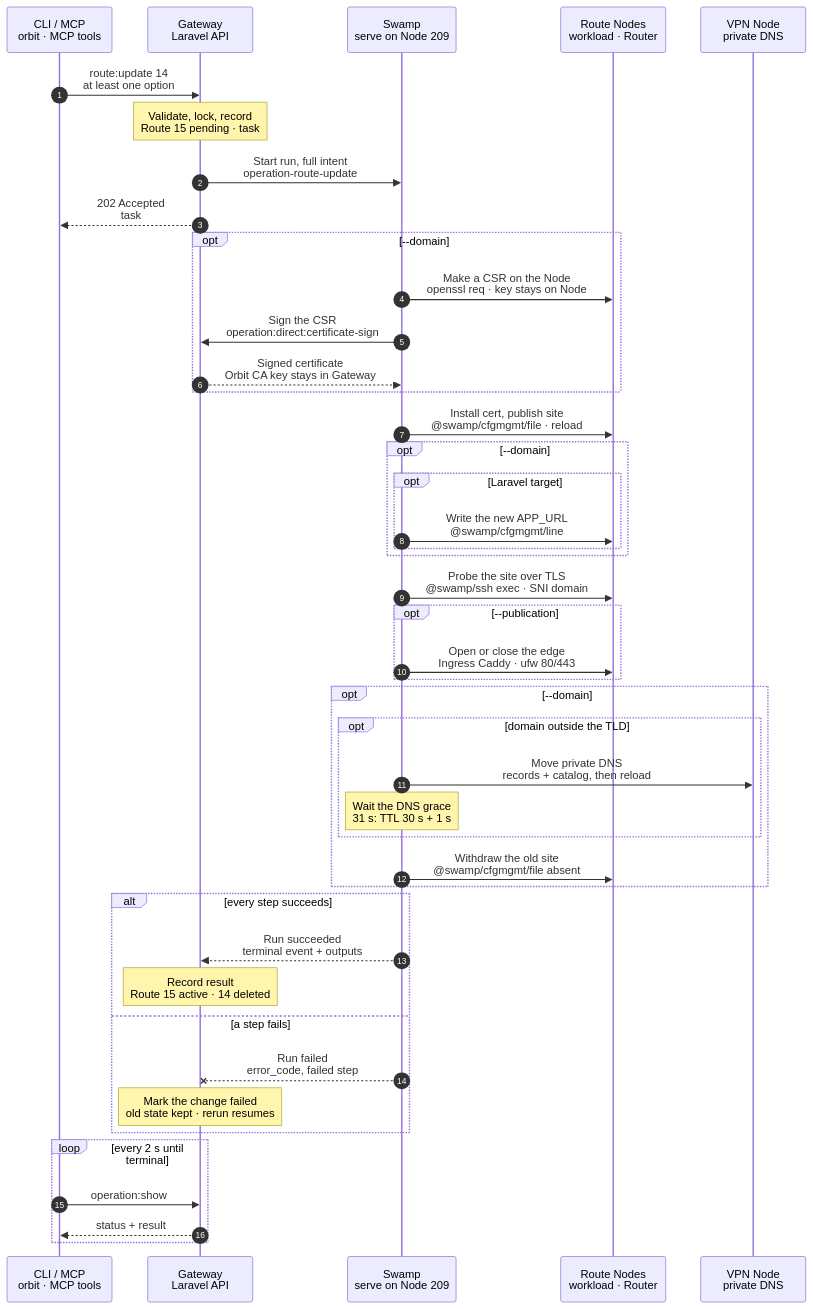
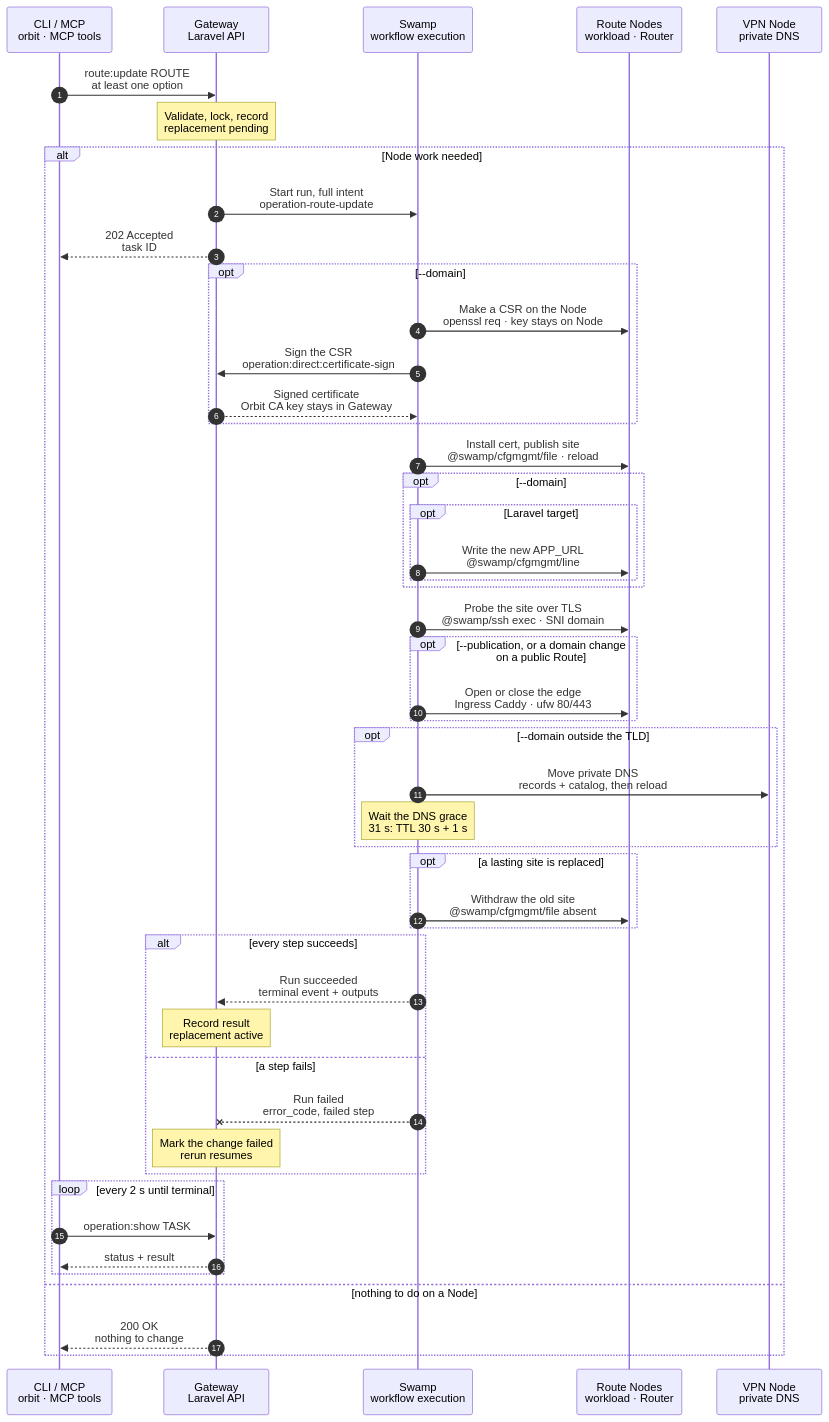
One commit to hardimpactdev/orbit changed the diagram in docs/cli/route/update.mmd. Above: the diagram before and after it, drawn with Mermaid. The commit also changed 3 other files, not shown here.

Commit message:
docs(route): route:update is ready (chart, page, cases)

```diff
--- a/docs/cli/route/update.mmd
+++ b/docs/cli/route/update.mmd
@@ -1,55 +1,101 @@
 sequenceDiagram
-  %% Target design: Nick 2026-11-03, single-swamp-node, rules 14-25.
-  %% status: draft
+  %% Target design: ADR 0244 task, one Swamp run, certificate signing is the one step-to-Gateway call. docs/reference/routes.md#change-an-explicit-domain.
+  %% status: reviewed
   %% command: route:update
   %% kind: route.update
   autonumber
   %% lane CLI icon=terminal pill=caller tone=gray
   %% lane GW icon=gateway pill=intent tone=blue
   %% lane SW icon=workflow pill=executes tone=green
   %% lane N icon=server pill=target tone=amber
   %% lane V icon=server pill=target tone=purple
   participant CLI as CLI / MCP<br/>orbit · MCP tools
   participant GW as Gateway<br/>Laravel API
-  participant SW as Swamp<br/>serve on Node 209
+  participant SW as Swamp<br/>workflow execution
   participant N as Route Nodes<br/>workload · Router
   participant V as VPN Node<br/>private DNS
-  CLI->>GW: route:update 14<br/>at least one option
-  Note over GW: Validate, lock, record<br/>Route 15 pending · task #5160
-  GW->>SW: Start run, full intent<br/>operation-route-update
-  GW-->>CLI: 202 Accepted<br/>task #5160
-  opt --domain
-    SW->>N: Make a CSR on the Node<br/>openssl req · key stays on Node
-    SW->>GW: Sign the CSR<br/>operation:direct:certificate-sign
-    GW-->>SW: Signed certificate<br/>Orbit CA key stays in Gateway
+  CLI->>GW: route:update ROUTE<br/>at least one option
+  %%> Command:
+  %%> - `orbit route:update ROUTE --domain=DOMAIN`
+  %%> - syntax: `<route> [--domain=DOMAIN] [--publication=private|public] [--web-root=PATH] [--json]`
+  %%> Input:
+  %%> - the Route and at least one change; `--web-root` is separate from the others
+  %%> Who can call it:
+  %%> - the `orbit` CLI and the MCP tool send the same request
+  Note over GW: Validate, lock, record<br/>replacement pending
+  %%> Requirements:
+  %%> - the calling Node has an access grant to the Route's Node, or to any member Node for a Cluster-scoped Route
+  %%> - the Route is an app Route (`route.kind_unsupported`); a generated Route cannot change its domain (`route.domain_immutable`); a Route with a web root keeps its domain (`route.web_root_domain_immutable`)
+  %%> - the new domain is free and not reserved (`route.domain_conflict`), and no other domain change runs (`route.domain_change_conflict`)
+  %%> - public publication needs production targets (`route.reconciliation_required`)
+  %%> - no other operation holds the projection lock; Orbit waits up to 30 seconds, then refuses with `app-dev.projection_busy`
+  %%> Result:
+  %%> - a domain change records a replacement Route as `pending`; the current Route stays authoritative until the cutover
+  alt Node work needed
+    GW->>SW: Start run, full intent<br/>operation-route-update
+    GW-->>CLI: 202 Accepted<br/>task ID
+    %%> What you get:
+    %%> - the task ID, at once
+    %%> Next:
+    %%> - the CLI follows the task with `operation:show`
+    opt --domain
+      SW->>N: Make a CSR on the Node<br/>openssl req · key stays on Node
+      SW->>GW: Sign the CSR<br/>operation:direct:certificate-sign
+      %%> Why a call to the Gateway:
+      %%> - certificate signing is the one allowed step-to-Gateway call; the Orbit CA stays in the Gateway
+      GW-->>SW: Signed certificate<br/>Orbit CA key stays in Gateway
+    end
+    SW->>N: Install cert, publish site<br/>@swamp/cfgmgmt/file · reload
+    %%> What it does:
+    %%> - publishes the replacement site beside the old one; Caddy reloads after validation
+    %%> - for `--web-root`, prepares the workload for the new root (Caddy access, PHP pool) and publishes with it
+    opt --domain
+      opt Laravel target
+        SW->>N: Write the new APP_URL<br/>@swamp/cfgmgmt/line
+      end
+    end
+    SW->>N: Probe the site over TLS<br/>@swamp/ssh exec · SNI domain
+    %%> Why:
+    %%> - the probe verifies the hostname and the Orbit CA; an application HTTP error does not fail it, and a failed probe stops the cutover
+    opt --publication, or a domain change on a public Route
+      SW->>N: Open or close the edge<br/>Ingress Caddy · ufw 80/443
+    end
+    opt --domain outside the TLD
+      SW->>V: Move private DNS<br/>records + catalog, then reload
+      Note over SW: Wait the DNS grace<br/>31 s: TTL 30 s + 1 s
+      %%> Why:
+      %%> - the old DNS answer has 31 seconds to expire before the old site is withdrawn
+    end
+    opt a lasting site is replaced
+      SW->>N: Withdraw the old site<br/>@swamp/cfgmgmt/file absent
+    end
+    alt every step succeeds
+      SW-->>GW: Run succeeded<br/>terminal event + outputs
+      Note over GW: Record result<br/>replacement active
+      %%> Result:
+      %%> - a domain change makes the replacement Route active and deletes the old one; a publication-only or web-root change keeps the Route ID
+    else a step fails
+      SW--xGW: Run failed<br/>error_code, failed step
+      Note over GW: Mark the change failed<br/>rerun resumes
+      %%> Result before the cutover:
+      %%> - the old Route stays authoritative and the replacement is `failed`; a failed Caddy validation leaves the candidate file and stops the reload
+      %%> Result after the cutover:
+      %%> - a failure in the DNS grace or the old site's withdrawal leaves the replacement authoritative and the old Route `retiring`; a rerun finishes the withdrawal
+      %%> What `route:show` shows:
+      %%> - for a domain change, both Routes with `replacement_step`, `failed_step` and `error_code`; otherwise the one Route with `failed_step` and `error_code`
+      %%> On the Nodes:
+      %%> - finished steps stay; there is no rollback
+      %%> Retry:
+      %%> - run the same request again to resume; a different domain or publication request changes nothing
+    end
+    loop every 2 s until terminal
+      CLI->>GW: operation:show TASK
+      GW-->>CLI: status + result
+    end
+  else nothing to do on a Node
+    GW-->>CLI: 200 OK<br/>nothing to change
+    %%> When:
+    %%> - the domain, publication or web root already has the requested value, or the Route is not yet published, so the replacement is created at once
+    %%> Skipped:
+    %%> - an identical request is reported as `Skipped — nothing to change (route.update_unchanged)`; no run starts
   end
-  SW->>N: Install cert, publish site<br/>@swamp/cfgmgmt/file · reload
-  %%> A validation error stops the reload; the written candidate stays for convergence.
-  opt --domain
-    opt Laravel target
-      SW->>N: Write the new APP_URL<br/>@swamp/cfgmgmt/line
-    end
-  end
-  SW->>N: Probe the site over TLS<br/>@swamp/ssh exec · SNI domain
-  %%> Runs from 209; an HTTP error does not fail the TLS check.
-  opt --publication
-    SW->>N: Open or close the edge<br/>Ingress Caddy · ufw 80/443
-  end
-  opt --domain
-    opt domain outside the TLD
-    SW->>V: Move private DNS<br/>records + catalog, then reload
-    Note over SW: Wait the DNS grace<br/>31 s: TTL 30 s + 1 s
-    end
-    SW->>N: Withdraw the old site<br/>@swamp/cfgmgmt/file absent
-  end
-  alt every step succeeds
-    SW-->>GW: Run succeeded<br/>terminal event + outputs
-    Note over GW: Record result<br/>Route 15 active · 14 deleted
-  else a step fails
-    SW--xGW: Run failed<br/>error_code, failed step
-    Note over GW: Mark the change failed<br/>old state kept · rerun resumes
-  end
-  loop every 2 s until terminal
-    CLI->>GW: operation:show #5160
-    GW-->>CLI: status + result
-  end
```
